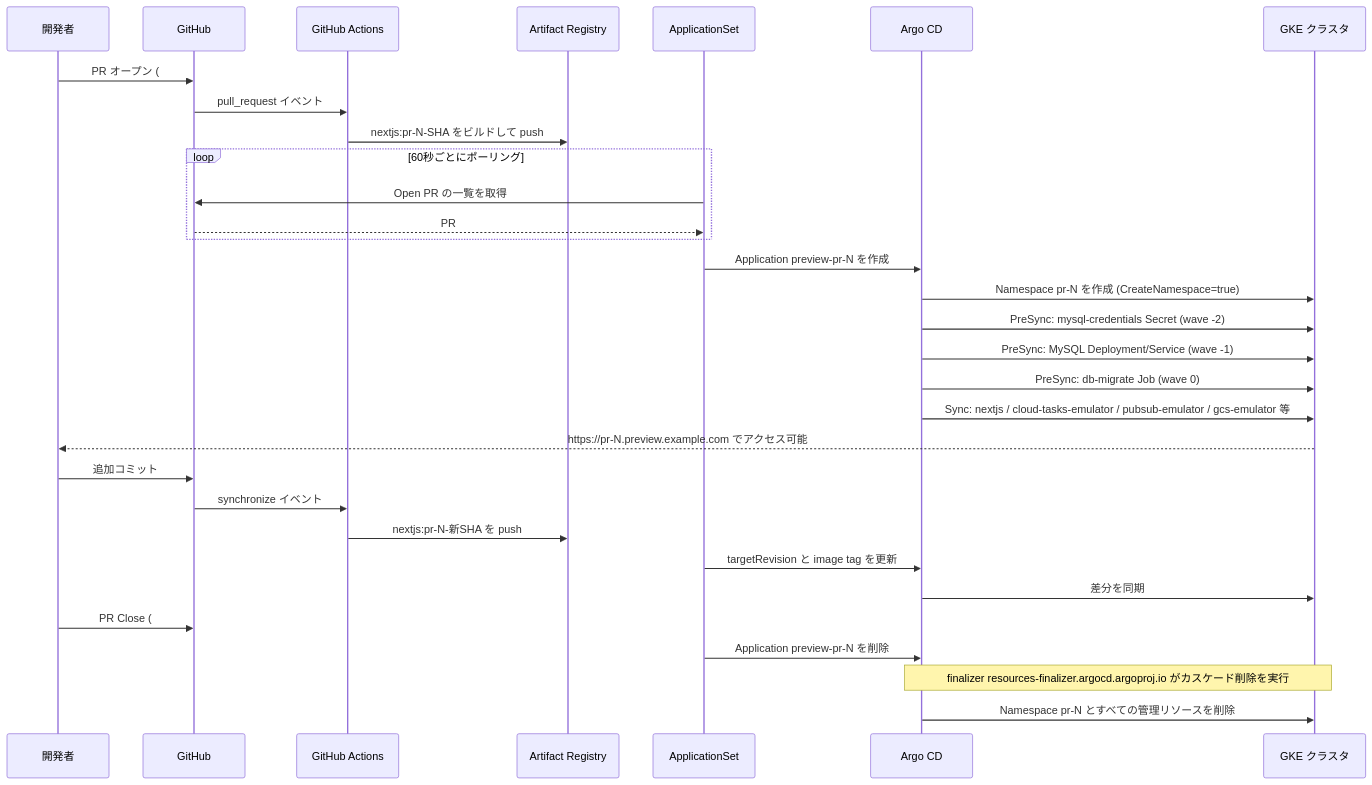
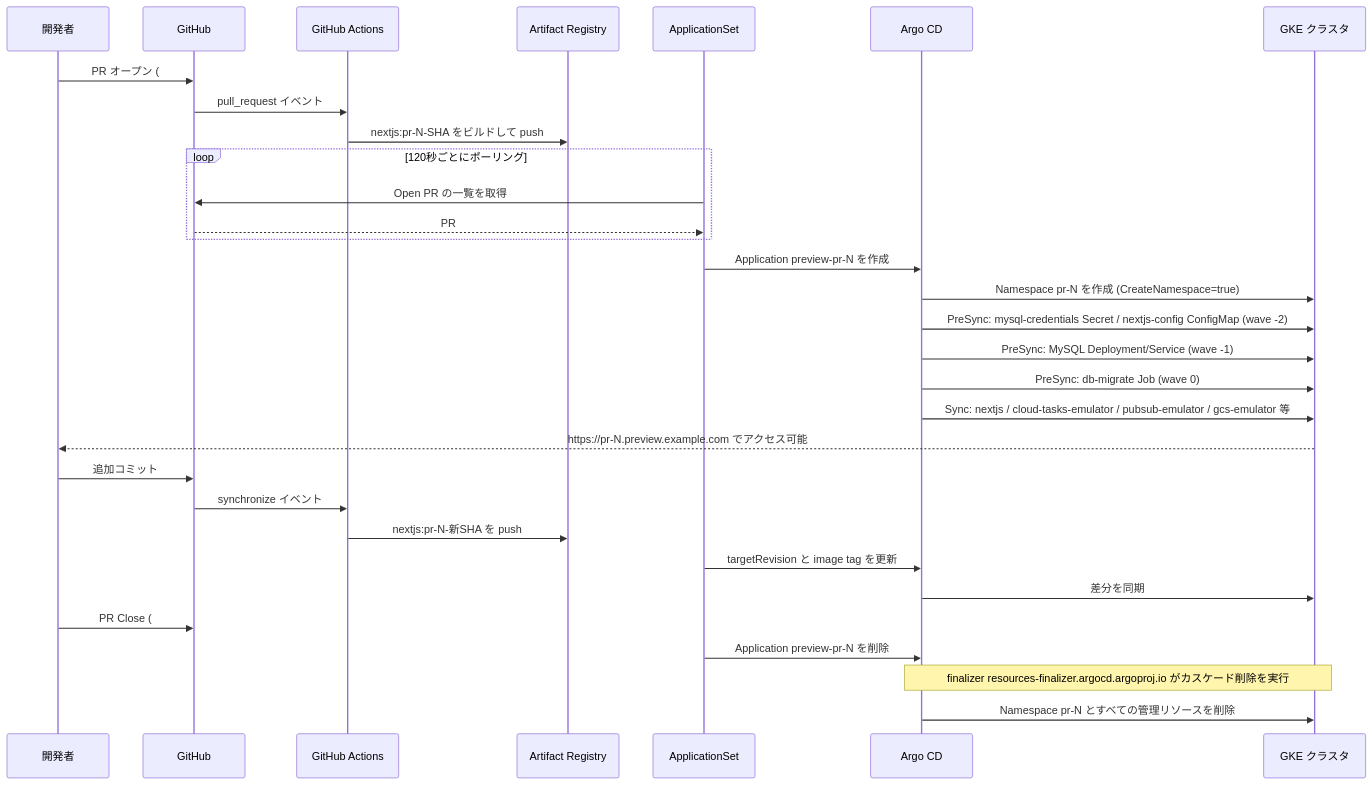
Before and after one commit to sikeda107/k8s-preview-environment-sample: the third of 3 diagrams in README.md, drawn with Mermaid. The commit also changed other lines of this file, not shown here.

````diff
--- a/README.md
+++ b/README.md
@@ -519,38 +523,38 @@
 ```mermaid
 sequenceDiagram
     participant Dev as 開発者
     participant GH as GitHub
     participant Actions as GitHub Actions
     participant AR as Artifact Registry
     participant AppSet as ApplicationSet
     participant ArgoCD as Argo CD
     participant K8s as GKE クラスタ
 
     Dev->>GH: PR オープン (#N)
     GH->>Actions: pull_request イベント
     Actions->>AR: nextjs:pr-N-SHA をビルドして push
 
-    loop 60秒ごとにポーリング
+    loop 120秒ごとにポーリング
         AppSet->>GH: Open PR の一覧を取得
         GH-->>AppSet: PR #N の情報を返す
     end
 
     AppSet->>ArgoCD: Application preview-pr-N を作成
     ArgoCD->>K8s: Namespace pr-N を作成 (CreateNamespace=true)
-    ArgoCD->>K8s: PreSync: mysql-credentials Secret (wave -2)
+    ArgoCD->>K8s: PreSync: mysql-credentials Secret / nextjs-config ConfigMap (wave -2)
     ArgoCD->>K8s: PreSync: MySQL Deployment/Service (wave -1)
     ArgoCD->>K8s: PreSync: db-migrate Job (wave 0)
     ArgoCD->>K8s: Sync: nextjs / cloud-tasks-emulator / pubsub-emulator / gcs-emulator 等
     K8s-->>Dev: https://pr-N.preview.example.com でアクセス可能
 
     Dev->>GH: 追加コミット
     GH->>Actions: synchronize イベント
     Actions->>AR: nextjs:pr-N-新SHA を push
     AppSet->>ArgoCD: targetRevision と image tag を更新
     ArgoCD->>K8s: 差分を同期
 
     Dev->>GH: PR Close (#N)
     AppSet->>ArgoCD: Application preview-pr-N を削除
     Note over ArgoCD,K8s: finalizer resources-finalizer.argocd.argoproj.io がカスケード削除を実行
     ArgoCD->>K8s: Namespace pr-N とすべての管理リソースを削除
 ```
````
